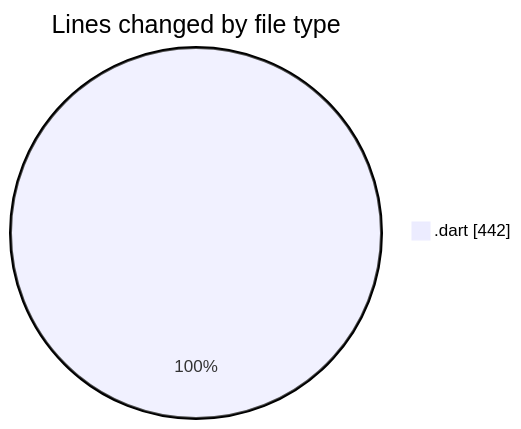
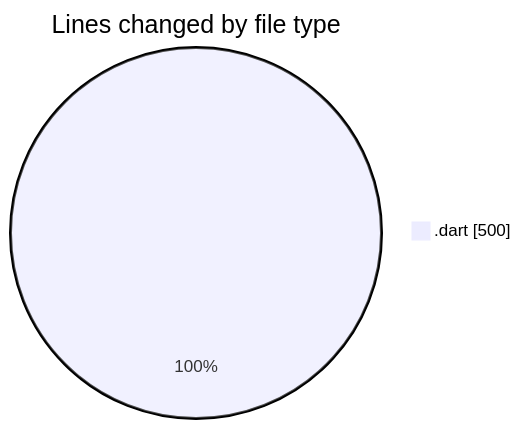
The first of 2 diagrams in 2025-03-25/wordle/README.md (donsfak/code-tracking), drawn with Mermaid before and after one commit. The commit also changed other lines of this file and 1 other file, not shown here.

````diff
--- a/2025-03-25/wordle/README.md
+++ b/2025-03-25/wordle/README.md
@@ -26,5 +27,5 @@
 ```mermaid
 pie showData
 title Lines changed by file type
-".dart" : 442
+".dart" : 500
 ```
````
